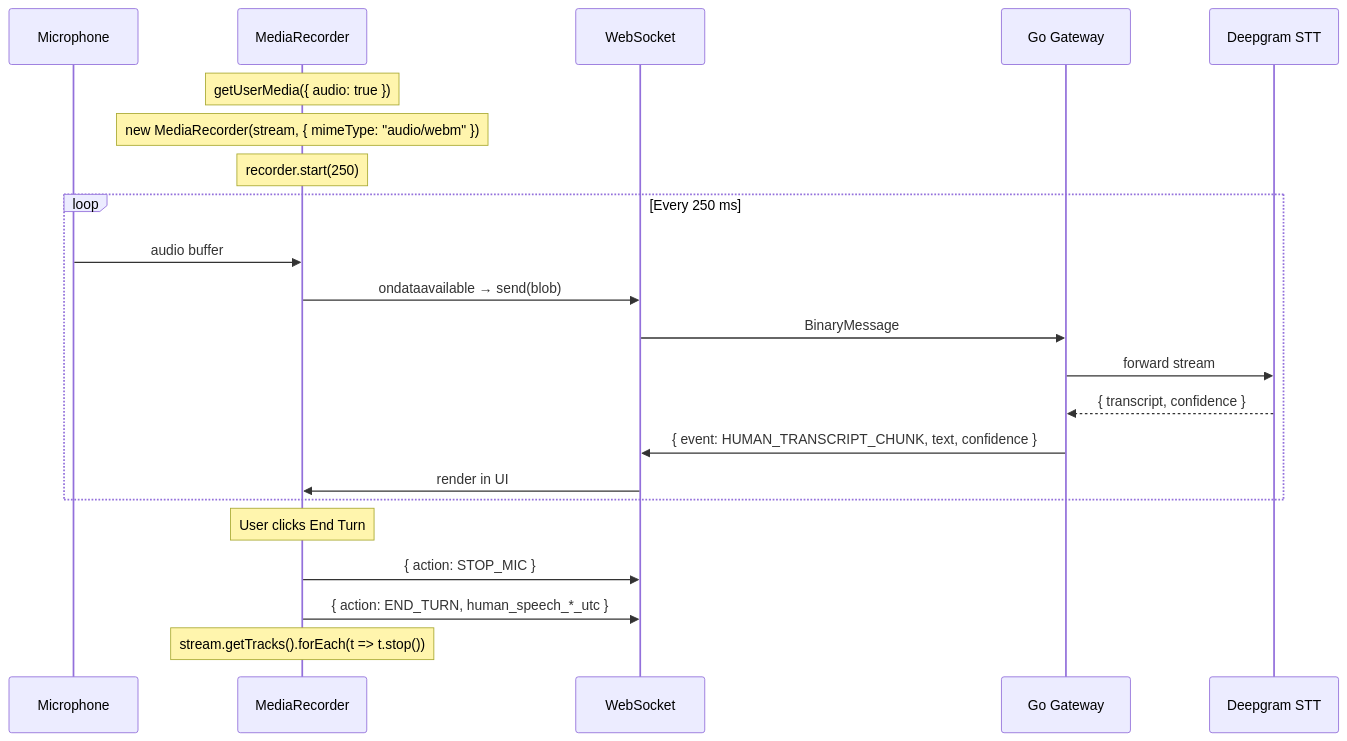
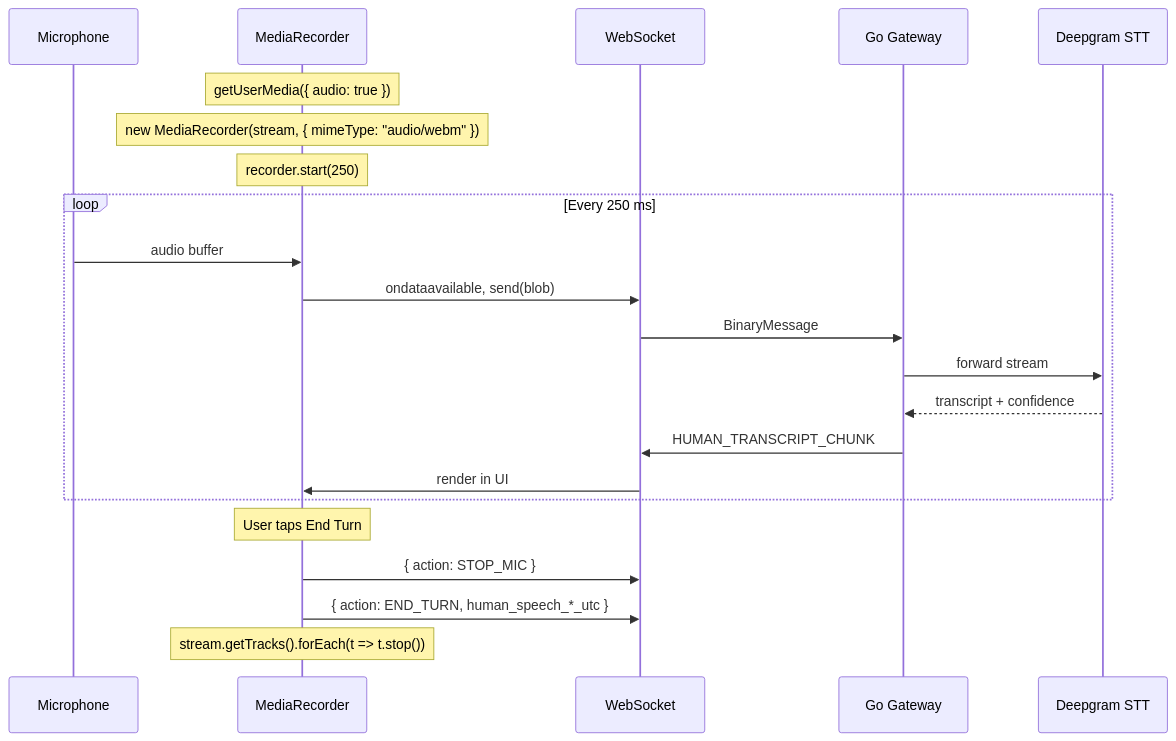
One commit to Mahakisore7/Agora-Frontend changed the third of 4 diagrams in README.md. Above: the diagram before and after it, drawn with Mermaid. The commit also changed other lines of this file, not shown here.

````diff
--- a/README.md
+++ b/README.md
@@ -468,27 +405,27 @@
 ```mermaid
 sequenceDiagram
-    participant 🎤 as Microphone
+    participant Mic as Microphone
     participant MR as MediaRecorder
     participant WS as WebSocket
     participant GW as Go Gateway
     participant DG as Deepgram STT
 
     Note over MR: getUserMedia({ audio: true })
     Note over MR: new MediaRecorder(stream, { mimeType: "audio/webm" })
     Note over MR: recorder.start(250)
 
     loop Every 250 ms
-        🎤->>MR: audio buffer
-        MR->>WS: ondataavailable → send(blob)
+        Mic->>MR: audio buffer
+        MR->>WS: ondataavailable, send(blob)
         WS->>GW: BinaryMessage
         GW->>DG: forward stream
-        DG-->>GW: { transcript, confidence }
-        GW->>WS: { event: HUMAN_TRANSCRIPT_CHUNK, text, confidence }
+        DG-->>GW: transcript + confidence
+        GW->>WS: HUMAN_TRANSCRIPT_CHUNK
         WS->>MR: render in UI
     end
 
-    Note over MR: User clicks End Turn
+    Note over MR: User taps End Turn
     MR->>WS: { action: STOP_MIC }
     MR->>WS: { action: END_TURN, human_speech_*_utc }
     Note over MR: stream.getTracks().forEach(t => t.stop())
 ```
````
